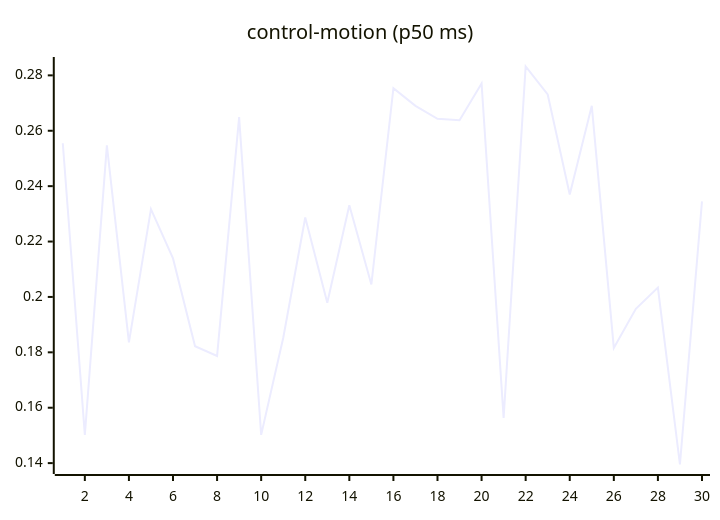
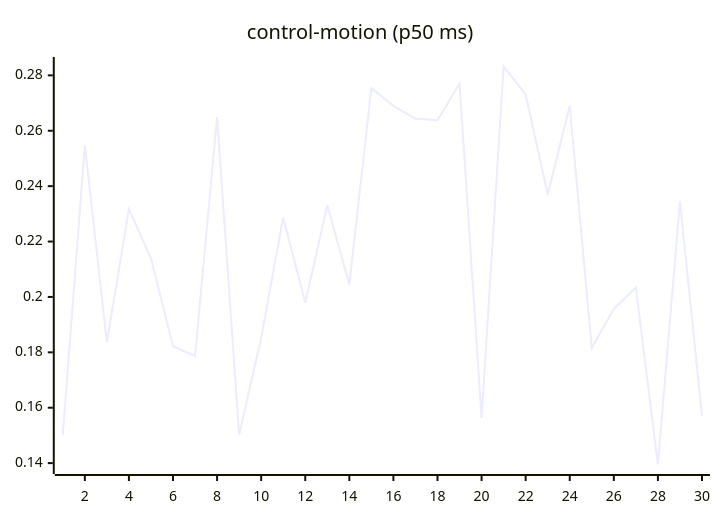
Before and after one commit to josha/Facet: the seventh of 27 diagrams in README.md, drawn with Mermaid. The commit also changed other lines of this file and 2 other files, not shown here.

````diff
--- a/README.md
+++ b/README.md
@@ -105,6 +105,6 @@
 ```mermaid
 xychart-beta
     title "control-motion (p50 ms)"
     x-axis 1 --> 30
-    line [0.2555, 0.1502, 0.2547, 0.1836, 0.2317, 0.2139, 0.1822, 0.1787, 0.2649, 0.1502, 0.1852, 0.2287, 0.1979, 0.2331, 0.2045, 0.2754, 0.2690, 0.2643, 0.2638, 0.2771, 0.1563, 0.2832, 0.2731, 0.2370, 0.2690, 0.1816, 0.1957, 0.2034, 0.1395, 0.2345]
+    line [0.1502, 0.2547, 0.1836, 0.2317, 0.2139, 0.1822, 0.1787, 0.2649, 0.1502, 0.1852, 0.2287, 0.1979, 0.2331, 0.2045, 0.2754, 0.2690, 0.2643, 0.2638, 0.2771, 0.1563, 0.2832, 0.2731, 0.2370, 0.2690, 0.1816, 0.1957, 0.2034, 0.1395, 0.2345, 0.1571]
 ```
````
